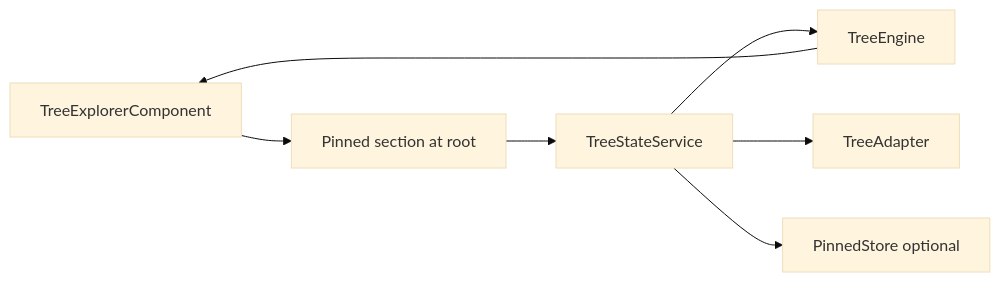
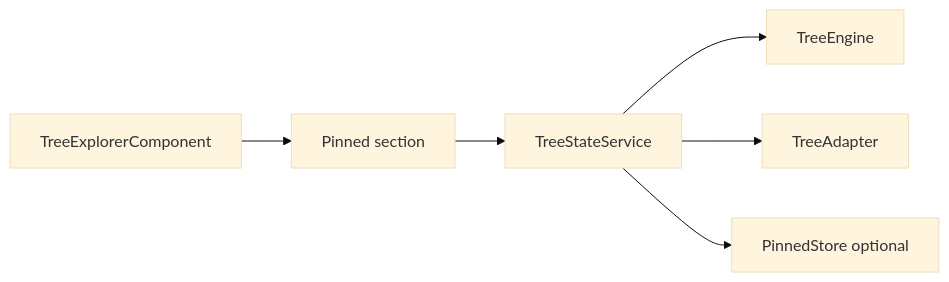
The first of 2 diagrams in docs/pinned-items.md (Robertcl795/tree-explorer), drawn with Mermaid (base theme) before and after one commit. The commit also changed other lines of this file and 33 other files, not shown here.

````diff
--- a/docs/pinned-items.md
+++ b/docs/pinned-items.md
@@ -17,16 +32,8 @@
 ```mermaid
 flowchart LR
-  A[TreeExplorerComponent]
-  B[Pinned section at root]
-  C[TreeStateService]
-  D[TreeEngine]
-  E[TreeAdapter]
-  F[PinnedStore optional]
-
-  A --> B
-  B --> C
-  C --> D
-  D --> A
-  C --> E
-  C --> F
+  A[TreeExplorerComponent] --> B[Pinned section]
+  B --> C[TreeStateService]
+  C --> D[TreeEngine]
+  C --> E[TreeAdapter]
+  C --> F[PinnedStore optional]
 ```
````
